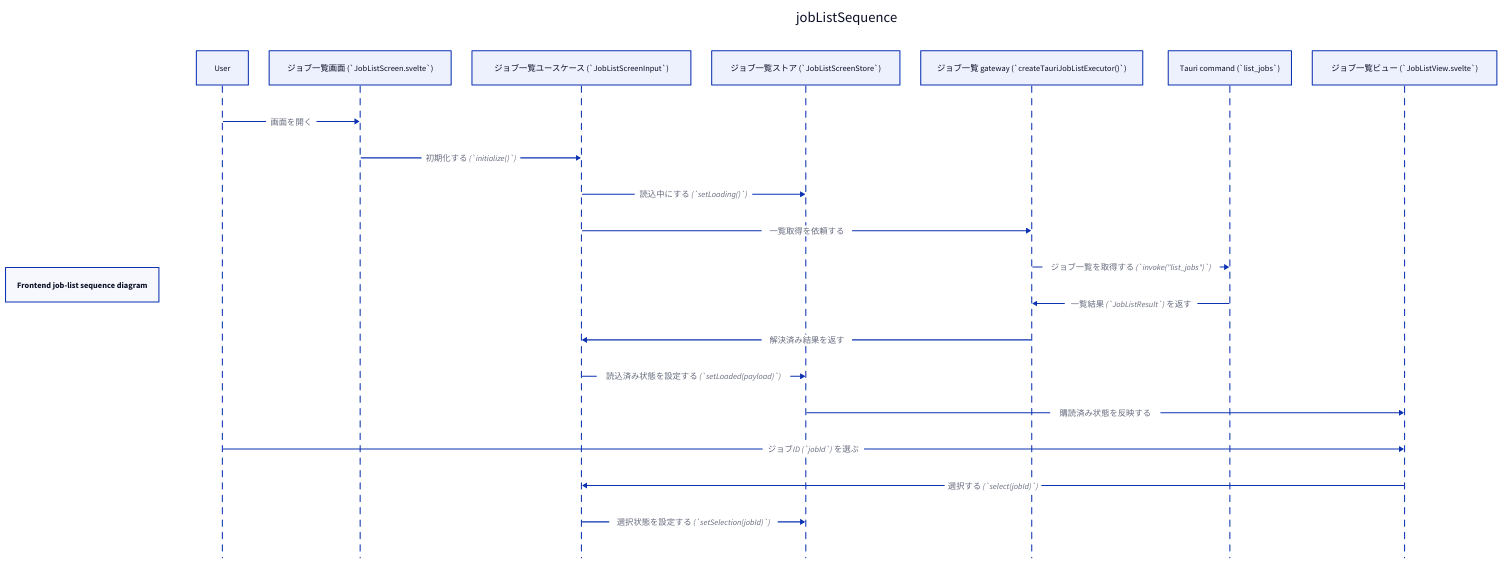
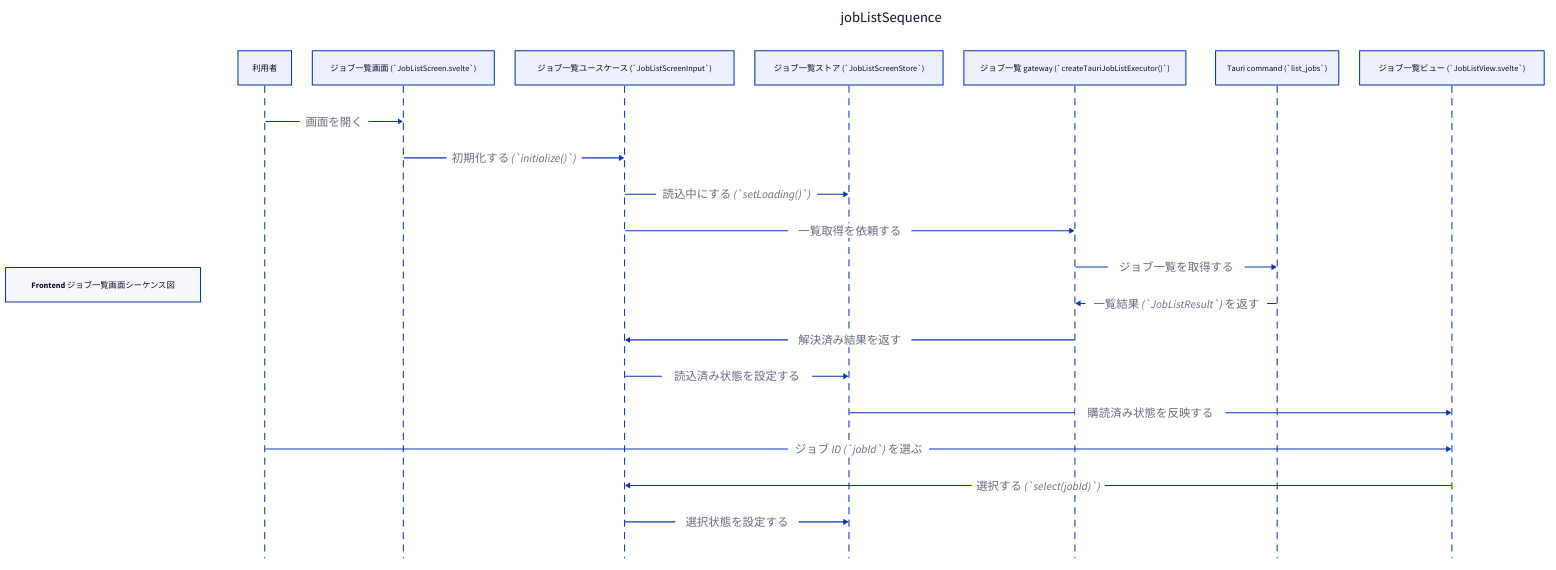
Before and after one commit to ishibata91/AITranslationEngineJP: the diagram in 4humans/diagrams/processes/frontend-job-list-sequence-diagram.d2, drawn with D2. The commit also changed 54 other files, not shown here.

```diff
--- a/4humans/diagrams/processes/frontend-job-list-sequence-diagram.d2
+++ b/4humans/diagrams/processes/frontend-job-list-sequence-diagram.d2
@@ -1,26 +1,50 @@
-title: "Frontend job-list sequence diagram"
+title: "Frontend ジョブ一覧画面シーケンス図"
 
 jobListSequence: {
   shape: sequence_diagram
 
-  user: "User"
+  user: "利用者"
   jobListScreen: "ジョブ一覧画面 (`JobListScreen.svelte`)"
   jobListUsecase: "ジョブ一覧ユースケース (`JobListScreenInput`)"
   jobListStore: "ジョブ一覧ストア (`JobListScreenStore`)"
   tauriGateway: "ジョブ一覧 gateway (`createTauriJobListExecutor()`)"
   tauriBackend: "Tauri command (`list_jobs`)"
   jobListView: "ジョブ一覧ビュー (`JobListView.svelte`)"
 
-  user -> jobListScreen: 画面を開く
-  jobListScreen -> jobListUsecase: 初期化する (`initialize()`)
-  jobListUsecase -> jobListStore: 読込中にする (`setLoading()`)
-  jobListUsecase -> tauriGateway: 一覧取得を依頼する
-  tauriGateway -> tauriBackend: ジョブ一覧を取得する (`invoke(\"list_jobs\")`)
-  tauriBackend -> tauriGateway: 一覧結果 (`JobListResult`) を返す
-  tauriGateway -> jobListUsecase: 解決済み結果を返す
-  jobListUsecase -> jobListStore: 読込済み状態を設定する (`setLoaded(payload)`)
-  jobListStore -> jobListView: 購読済み状態を反映する
-  user -> jobListView: ジョブID (`jobId`) を選ぶ
-  jobListView -> jobListUsecase: 選択する (`select(jobId)`)
-  jobListUsecase -> jobListStore: 選択状態を設定する (`setSelection(jobId)`)
+  user -> jobListScreen: 画面を開く {
+    style.font-size: 22
+  }
+  jobListScreen -> jobListUsecase: 初期化する (`initialize()`) {
+    style.font-size: 22
+  }
+  jobListUsecase -> jobListStore: 読込中にする (`setLoading()`) {
+    style.font-size: 22
+  }
+  jobListUsecase -> tauriGateway: 一覧取得を依頼する {
+    style.font-size: 22
+  }
+  tauriGateway -> tauriBackend: ジョブ一覧を取得する {
+    style.font-size: 22
+  }
+  tauriBackend -> tauriGateway: 一覧結果 (`JobListResult`) を返す {
+    style.font-size: 22
+  }
+  tauriGateway -> jobListUsecase: 解決済み結果を返す {
+    style.font-size: 22
+  }
+  jobListUsecase -> jobListStore: 読込済み状態を設定する {
+    style.font-size: 22
+  }
+  jobListStore -> jobListView: 購読済み状態を反映する {
+    style.font-size: 22
+  }
+  user -> jobListView: ジョブ ID (`jobId`) を選ぶ {
+    style.font-size: 22
+  }
+  jobListView -> jobListUsecase: 選択する (`select(jobId)`) {
+    style.font-size: 22
+  }
+  jobListUsecase -> jobListStore: 選択状態を設定する {
+    style.font-size: 22
+  }
 }
```
